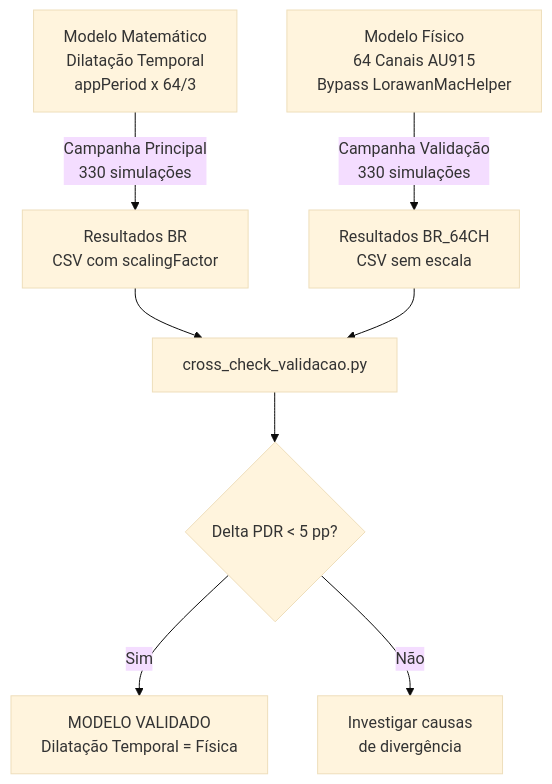
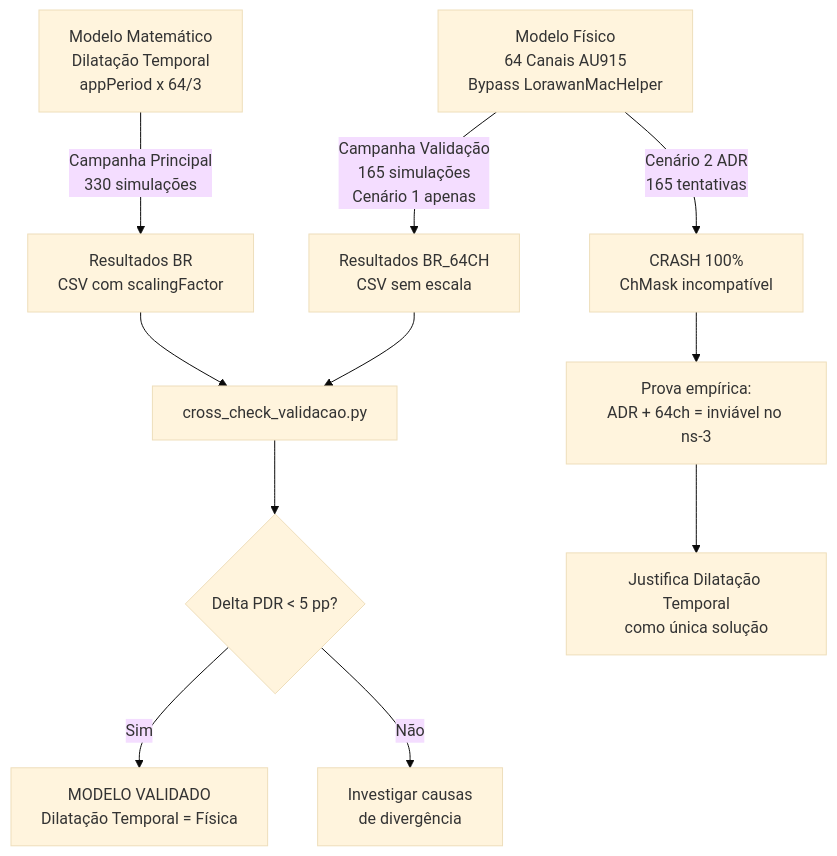
Before and after one commit to LabirasIFPI/TCC-LoRaWAN-Scalability: the diagram in VALIDACAO_CROSSCHECK.md, drawn with Mermaid (base theme). The commit also changed other lines of this file and 15 other files, not shown here.

First line of the commit message:
:sparkles: feat(validation): add project context, comparative graphs and update cross-check methodology

````diff
--- a/VALIDACAO_CROSSCHECK.md
+++ b/VALIDACAO_CROSSCHECK.md
@@ -318,10 +383,13 @@
 ```mermaid
 graph TD
     A["Modelo Matemático<br/>Dilatação Temporal<br/>appPeriod x 64/3"] -->|"Campanha Principal<br/>330 simulações"| B["Resultados BR<br/>CSV com scalingFactor"]
-    C["Modelo Físico<br/>64 Canais AU915<br/>Bypass LorawanMacHelper"] -->|"Campanha Validação<br/>330 simulações"| D["Resultados BR_64CH<br/>CSV sem escala"]
+    C["Modelo Físico<br/>64 Canais AU915<br/>Bypass LorawanMacHelper"] -->|"Campanha Validação<br/>165 simulações<br/>Cenário 1 apenas"| D["Resultados BR_64CH<br/>CSV sem escala"]
+    C -->|"Cenário 2 ADR<br/>165 tentativas"| X["CRASH 100%<br/>ChMask incompatível"]
     B --> E["cross_check_validacao.py"]
     D --> E
     E --> F{"Delta PDR < 5 pp?"}
     F -->|"Sim"| G["MODELO VALIDADO<br/>Dilatação Temporal = Física"]
     F -->|"Não"| H["Investigar causas<br/>de divergência"]
+    X --> I["Prova empírica:<br/>ADR + 64ch = inviável no ns-3"]
+    I --> J["Justifica Dilatação Temporal<br/>como única solução"]
 ```
````
